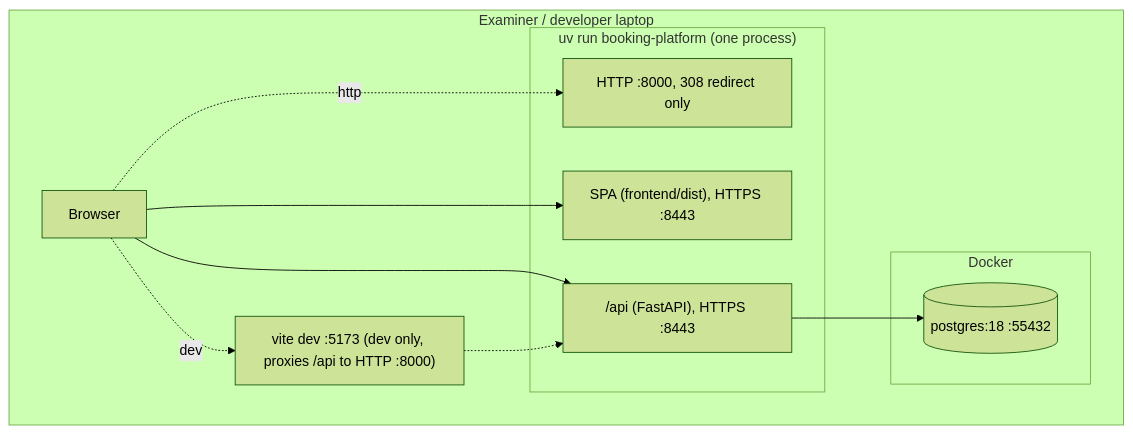
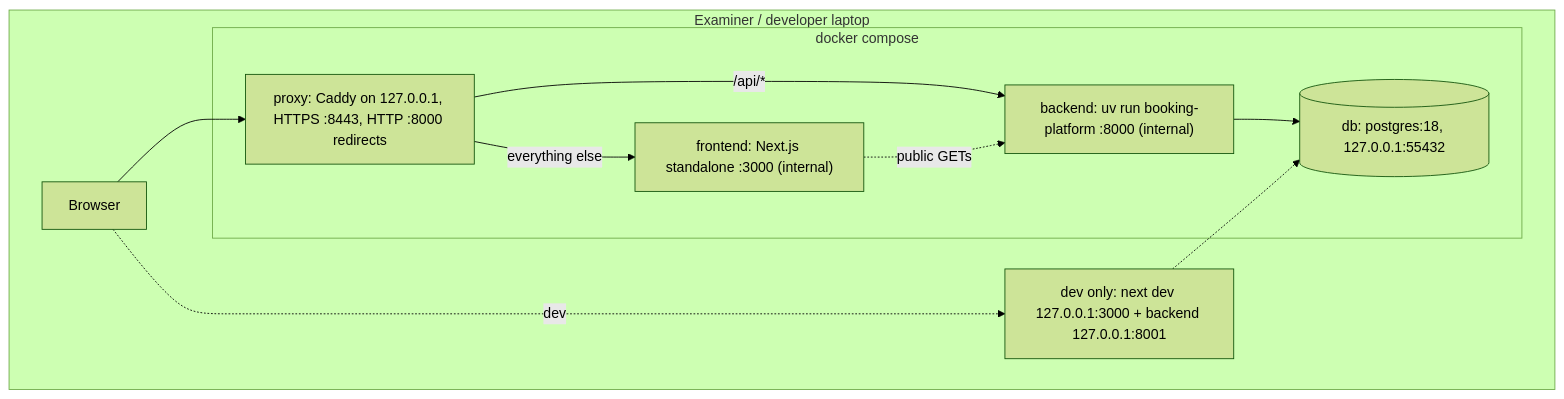
The second of 3 diagrams in .docs/planning-artifacts/architecture/architecture-booking-platform-2026-11-03/ARCHITECTURE-SPINE.md (IBE160-2026/G78-larsen), drawn with Mermaid (forest theme) before and after one commit. The commit also changed other lines of this file and 3 other files, not shown here.

Commit message:
Arkitektur: Caddy som proxy og Next.js som frontend (AD-17, AD-27), som i technology.md

````diff
--- a/.docs/planning-artifacts/architecture/architecture-booking-platform-2026-11-03/ARCHITECTURE-SPINE.md
+++ b/.docs/planning-artifacts/architecture/architecture-booking-platform-2026-11-03/ARCHITECTURE-SPINE.md
@@ -467,21 +474,20 @@
 ```mermaid
 flowchart TB
   subgraph Laptop["Examiner / developer laptop"]
     B[Browser]
-    subgraph Py["uv run booking-platform (one process)"]
-      REDIR["HTTP :8000, 308 redirect only"]
-      STATIC["SPA (frontend/dist), HTTPS :8443"]
-      APIS["/api (FastAPI), HTTPS :8443"]
+    subgraph Dk["docker compose"]
+      PX["proxy: Caddy on 127.0.0.1, HTTPS :8443, HTTP :8000 redirects"]
+      BE["backend: uv run booking-platform :8000 (internal)"]
+      FE["frontend: Next.js standalone :3000 (internal)"]
+      PG[("db: postgres:18, 127.0.0.1:55432")]
     end
-    subgraph Dk["Docker"]
-      PG[("postgres:18 :55432")]
-    end
-    V["vite dev :5173 (dev only, proxies /api to HTTP :8000)"]
+    DEV["dev only: next dev 127.0.0.1:3000 + backend 127.0.0.1:8001"]
   end
-  B -.->|http| REDIR
-  B --> STATIC
-  B --> APIS
-  B -.->|dev| V
-  V -.-> APIS
-  APIS --> PG
+  B --> PX
+  PX -->|"/api/*"| BE
+  PX -->|"everything else"| FE
+  FE -.->|"public GETs"| BE
+  BE --> PG
+  B -.->|dev| DEV
+  DEV -.-> PG
 ```
````
